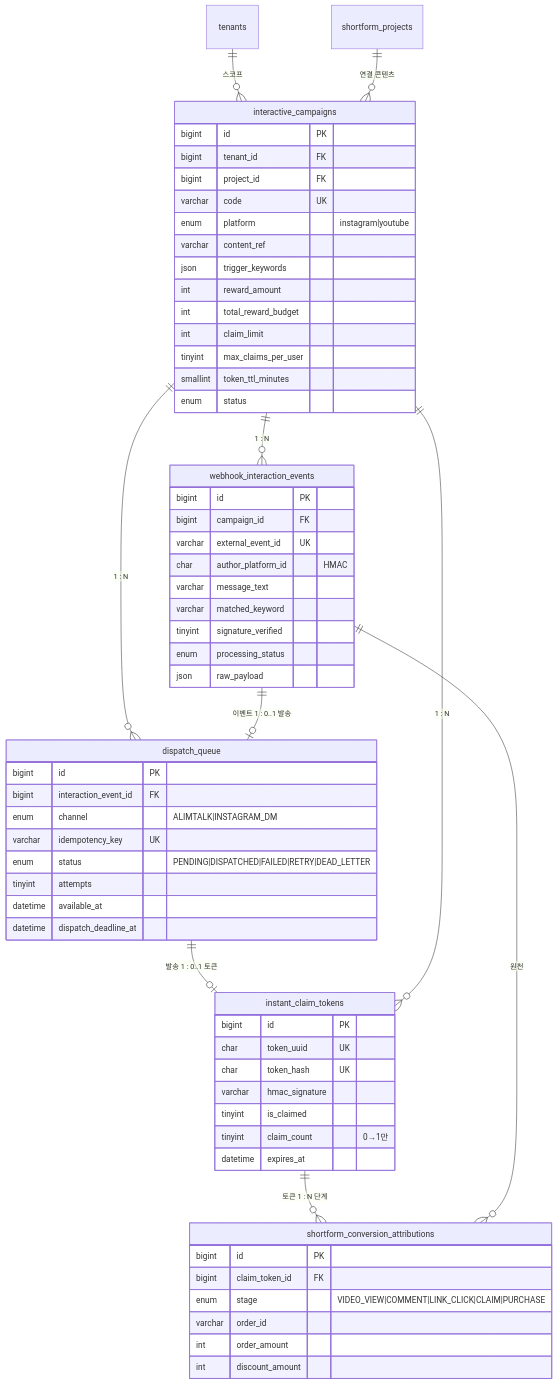
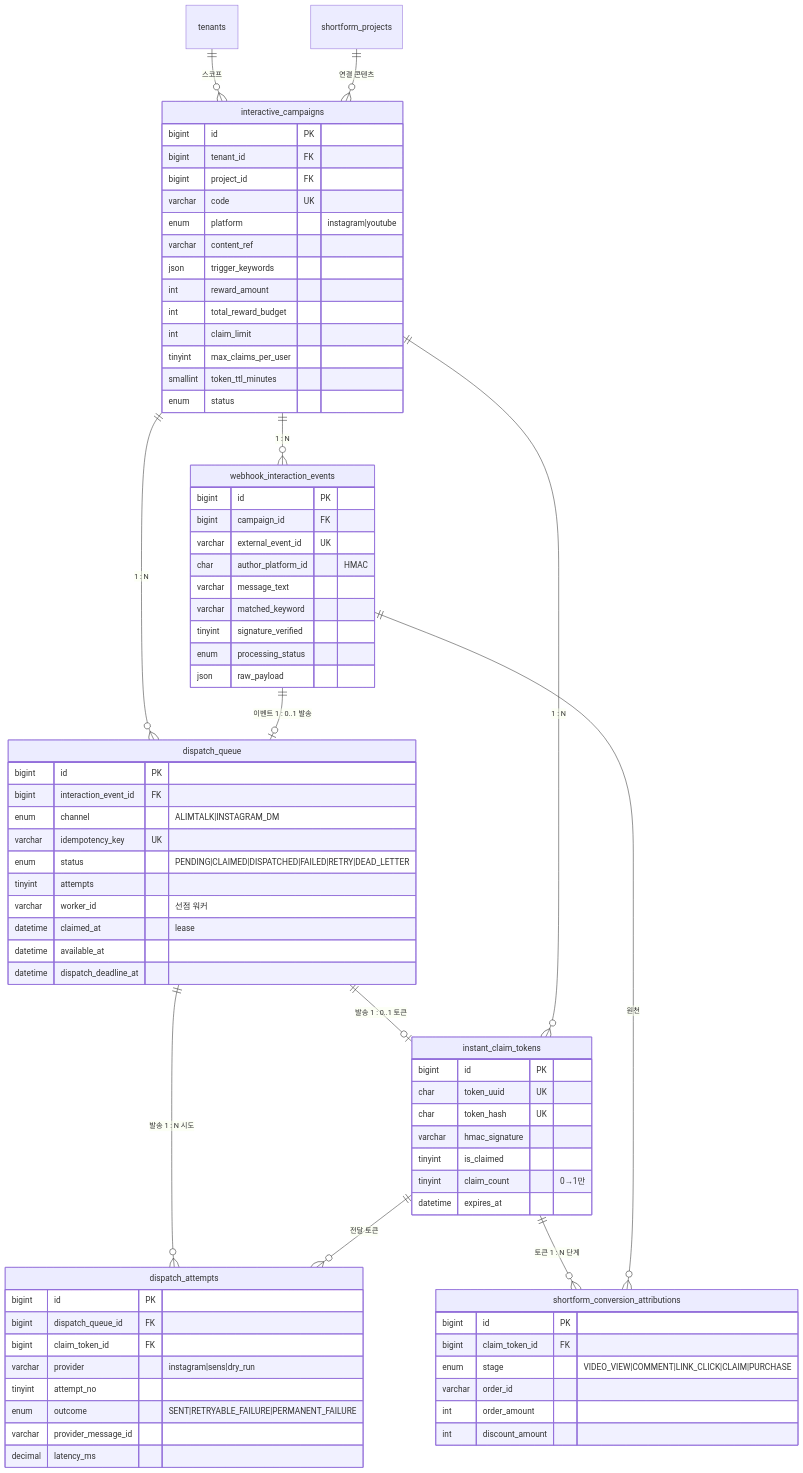
The fourth of 4 diagrams in database/ERD_SPEC.md (Shye-Seo/sns-shortform-automation), drawn with Mermaid before and after one commit. The commit also changed other lines of this file and 44 other files, not shown here.

First line of the commit message:
feat(coupon): receive Instagram comments, queue them, send the DM and record it

````diff
--- a/database/ERD_SPEC.md
+++ b/database/ERD_SPEC.md
@@ -339,66 +339,80 @@
 ```mermaid
 erDiagram
     tenants ||--o{ interactive_campaigns : "스코프"
     shortform_projects ||--o{ interactive_campaigns : "연결 콘텐츠"
     interactive_campaigns ||--o{ webhook_interaction_events : "1 : N"
     interactive_campaigns ||--o{ dispatch_queue : "1 : N"
     webhook_interaction_events ||--o| dispatch_queue : "이벤트 1 : 0..1 발송"
     dispatch_queue ||--o| instant_claim_tokens : "발송 1 : 0..1 토큰"
+    dispatch_queue ||--o{ dispatch_attempts : "발송 1 : N 시도"
+    instant_claim_tokens ||--o{ dispatch_attempts : "전달 토큰"
     interactive_campaigns ||--o{ instant_claim_tokens : "1 : N"
     instant_claim_tokens ||--o{ shortform_conversion_attributions : "토큰 1 : N 단계"
     webhook_interaction_events ||--o{ shortform_conversion_attributions : "원천"
 
     interactive_campaigns {
         bigint  id PK
         bigint  tenant_id FK
         bigint  project_id FK
         varchar code UK
         enum    platform "instagram|youtube"
         varchar content_ref
         json    trigger_keywords
         int     reward_amount
         int     total_reward_budget
         int     claim_limit
         tinyint max_claims_per_user
         smallint token_ttl_minutes
         enum    status
     }
     webhook_interaction_events {
         bigint  id PK
         bigint  campaign_id FK
         varchar external_event_id UK
         char    author_platform_id "HMAC"
         varchar message_text
         varchar matched_keyword
         tinyint signature_verified
         enum    processing_status
         json    raw_payload
     }
     dispatch_queue {
         bigint  id PK
         bigint  interaction_event_id FK
         enum    channel "ALIMTALK|INSTAGRAM_DM"
         varchar idempotency_key UK
-        enum    status "PENDING|DISPATCHED|FAILED|RETRY|DEAD_LETTER"
+        enum    status "PENDING|CLAIMED|DISPATCHED|FAILED|RETRY|DEAD_LETTER"
         tinyint attempts
+        varchar worker_id "선점 워커"
+        datetime claimed_at "lease"
         datetime available_at
         datetime dispatch_deadline_at
+    }
+    dispatch_attempts {
+        bigint  id PK
+        bigint  dispatch_queue_id FK
+        bigint  claim_token_id FK
+        varchar provider "instagram|sens|dry_run"
+        tinyint attempt_no
+        enum    outcome "SENT|RETRYABLE_FAILURE|PERMANENT_FAILURE"
+        varchar provider_message_id
+        decimal latency_ms
     }
     instant_claim_tokens {
         bigint  id PK
         char    token_uuid UK
         char    token_hash UK
         varchar hmac_signature
         tinyint is_claimed
         tinyint claim_count "0→1만"
         datetime expires_at
     }
     shortform_conversion_attributions {
         bigint  id PK
         bigint  claim_token_id FK
         enum    stage "VIDEO_VIEW|COMMENT|LINK_CLICK|CLAIM|PURCHASE"
         varchar order_id
         int     order_amount
         int     discount_amount
     }
 ```
````
